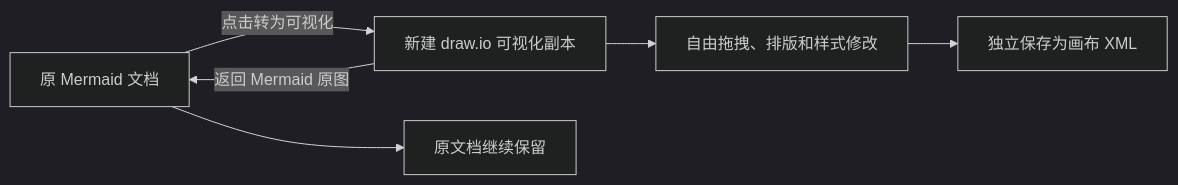
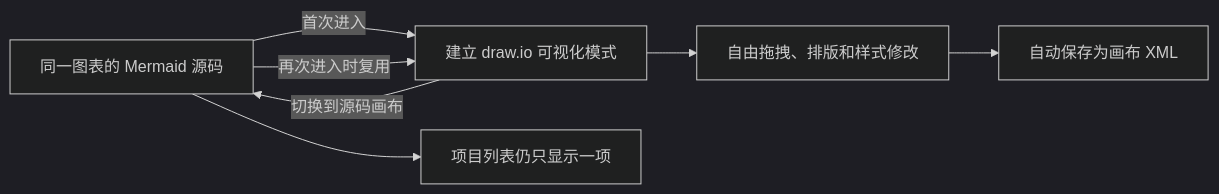
One commit to Fengsha5201314/Codebuddy_001_mermaid-markmap changed the diagram in chart-visualizer/docs/user-guide.md. Above: the diagram before and after it, drawn with Mermaid (dark theme). The commit also changed other lines of this file and 16 other files, not shown here.

````diff
--- a/chart-visualizer/docs/user-guide.md
+++ b/chart-visualizer/docs/user-guide.md
@@ -68,8 +68,9 @@
 ```mermaid
 flowchart LR
-    A["原 Mermaid 文档"] -->|"点击转为可视化"| B["新建 draw.io 可视化副本"]
-    A --> C["原文档继续保留"]
+    A["同一图表的 Mermaid 源码"] -->|"首次进入"| B["建立 draw.io 可视化模式"]
+    A --> C["项目列表仍只显示一项"]
     B --> D["自由拖拽、排版和样式修改"]
-    D --> E["独立保存为画布 XML"]
-    B -->|"返回 Mermaid 原图"| A
+    D --> E["自动保存为画布 XML"]
+    B -->|"切换到源码画布"| A
+    A -->|"再次进入时复用"| B
 ```
````
